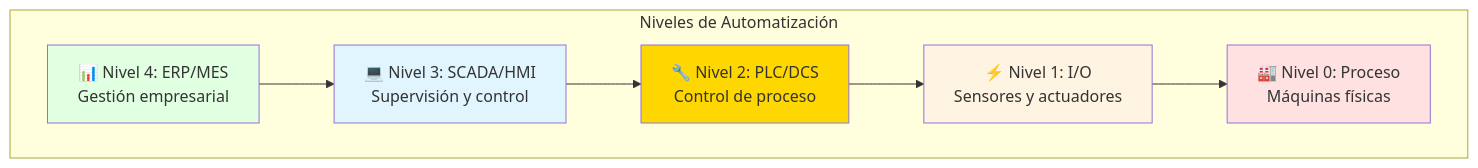
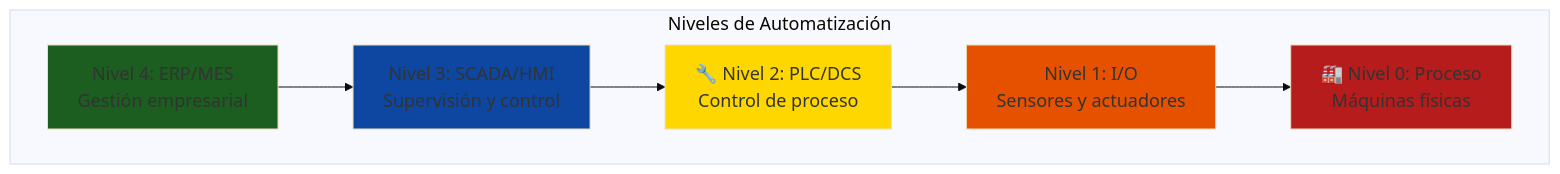
One commit to Ai-Whisperers/Courses-Content changed the second of 12 diagrams in courses/🟡-development/FPUNA-2026/02-ELECTRONICA-AUTOMATIZACION/04-automatizacion-industrial.md. Above: the diagram before and after it, drawn with Mermaid. The commit also changed other lines of this file and 47 other files, not shown here.

First line of the commit message:
fix: Make all 473 diagrams WCAG AAA accessible (FPUNA-2026)

````diff
--- a/courses/🟡-development/FPUNA-2026/02-ELECTRONICA-AUTOMATIZACION/04-automatizacion-industrial.md
+++ b/courses/🟡-development/FPUNA-2026/02-ELECTRONICA-AUTOMATIZACION/04-automatizacion-industrial.md
@@ -65,21 +66,22 @@
 ```mermaid
+%%{init: {'theme':'base', 'themeVariables': {'fontSize':'18px'}}}%%
 graph TB
     subgraph "Niveles de Automatización"
-        L4[📊 Nivel 4: ERP/MES<br/>Gestión empresarial]
-        L3[💻 Nivel 3: SCADA/HMI<br/>Supervisión y control]
+        L4[Nivel 4: ERP/MES<br/>Gestión empresarial]
+        L3[Nivel 3: SCADA/HMI<br/>Supervisión y control]
         L2[🔧 Nivel 2: PLC/DCS<br/>Control de proceso]
-        L1[⚡ Nivel 1: I/O<br/>Sensores y actuadores]
+        L1[Nivel 1: I/O<br/>Sensores y actuadores]
         L0[🏭 Nivel 0: Proceso<br/>Máquinas físicas]
     end
     
     L4 --> L3
     L3 --> L2
     L2 --> L1
     L1 --> L0
     
-    style L0 fill:#FFE1E1
-    style L1 fill:#FFF4E1
+    style L0 fill:#b71c1c
+    style L1 fill:#e65100
     style L2 fill:#FFD700
-    style L3 fill:#E1F5FF
-    style L4 fill:#E1FFE1
+    style L3 fill:#0d47a1
+    style L4 fill:#1b5e20
 ```
````
